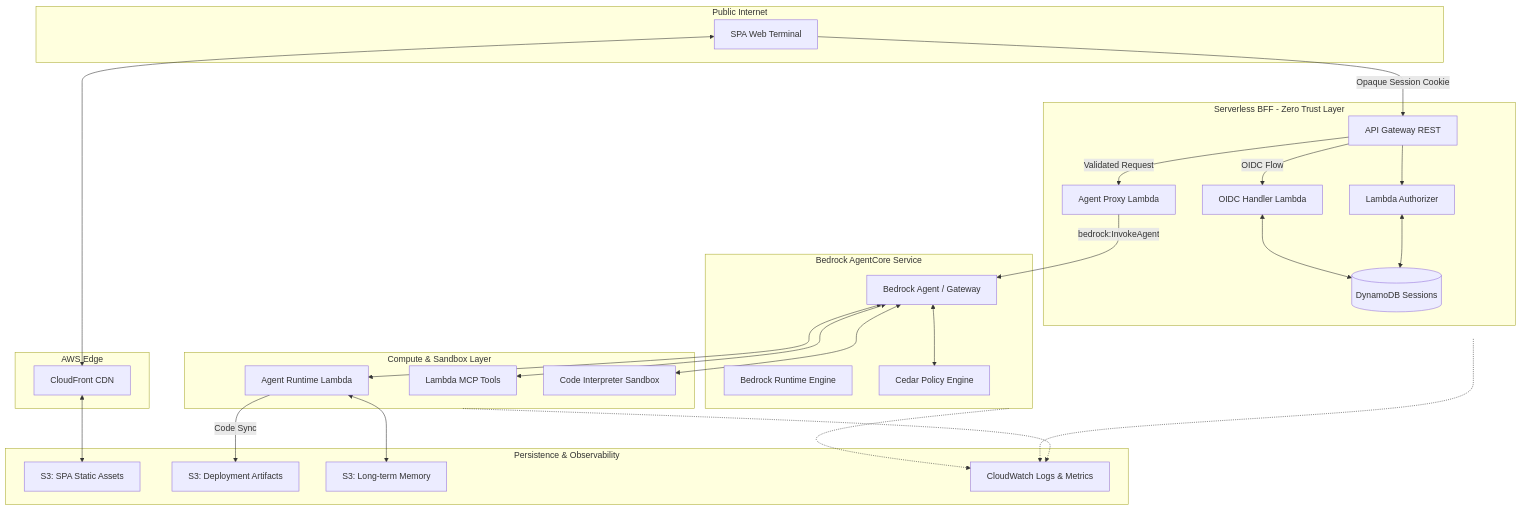
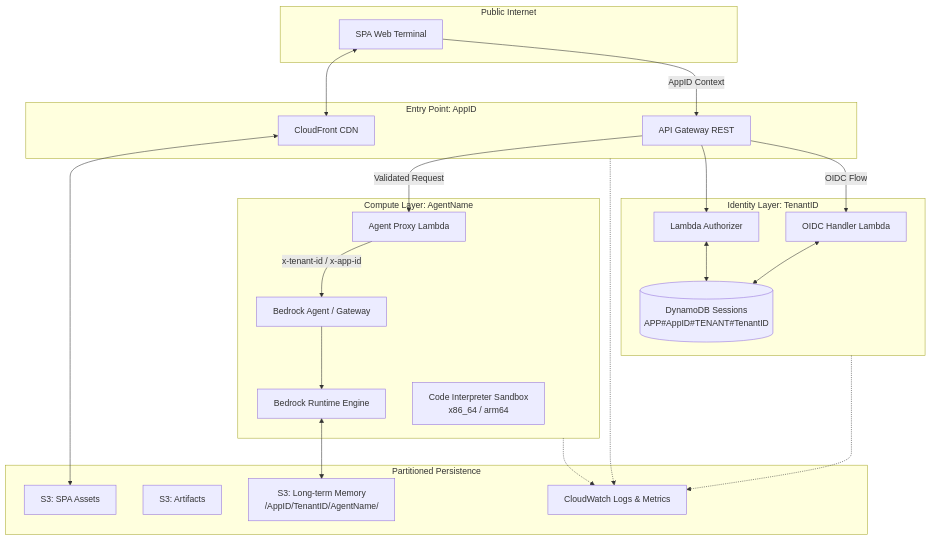
The first of 3 diagrams in docs/architecture.md (j3brns/tf-harness-acore), drawn with Mermaid before and after one commit. The commit also changed other lines of this file and 24 other files, not shown here.

````diff
--- a/docs/architecture.md
+++ b/docs/architecture.md
@@ -17,66 +17,53 @@
 ```mermaid
 flowchart TD
     subgraph Users[Public Internet]
         Browser[SPA Web Terminal]
     end
 
-    subgraph Edge[AWS Edge]
+    subgraph North[Entry Point: AppID]
         CF[CloudFront CDN]
+        APIGW[API Gateway REST]
     end
 
-    subgraph BFF[Serverless BFF - Zero Trust Layer]
-        APIGW[API Gateway REST]
+    subgraph Middle[Identity Layer: TenantID]
         LAuth[OIDC Handler Lambda]
         LAuthorizer[Lambda Authorizer]
-        LProxy[Agent Proxy Lambda]
-        DDB[(DynamoDB Sessions)]
+        DDB[(DynamoDB Sessions<br/>APP#AppID#TENANT#TenantID)]
     end
 
-    subgraph AgentCore[Bedrock AgentCore Service]
+    subgraph South[Compute Layer: AgentName]
+        LProxy[Agent Proxy Lambda]
         BGateway[Bedrock Agent / Gateway]
         BRuntime[Bedrock Runtime Engine]
-        BPolicies[Cedar Policy Engine]
+        BSandbox[Code Interpreter Sandbox<br/>x86_64 / arm64]
     end
 
-    subgraph Compute[Compute & Sandbox Layer]
-        LMCP[Lambda MCP Tools]
-        LRuntime[Agent Runtime Lambda]
-        BSandbox[Code Interpreter Sandbox]
-    end
-
-    subgraph Storage[Persistence & Observability]
-        S3SPA[S3: SPA Static Assets]
-        S3Deploy[S3: Deployment Artifacts]
-        S3Memory[S3: Long-term Memory]
+    subgraph Storage[Partitioned Persistence]
+        S3SPA[S3: SPA Assets]
+        S3Deploy[S3: Artifacts]
+        S3Memory[S3: Long-term Memory<br/>/AppID/TenantID/AgentName/]
         CW[CloudWatch Logs & Metrics]
     end
 
     %% Data Flows
     Browser <--> CF
     CF <--> S3SPA
 
-    Browser -- "Opaque Session Cookie" --> APIGW
+    Browser -- "AppID Context" --> APIGW
     APIGW --> LAuthorizer
     LAuthorizer <--> DDB
 
     APIGW -- "OIDC Flow" --> LAuth
     LAuth <--> DDB
 
     APIGW -- "Validated Request" --> LProxy
 
-    LProxy -- "bedrock:InvokeAgent" --> BGateway
-    BGateway <--> BPolicies
-    BGateway <--> LMCP
-    BGateway <--> BSandbox
-    BGateway <--> LRuntime
-
-    LRuntime <--> S3Memory
+    LProxy -- "x-tenant-id / x-app-id" --> BGateway
+    BGateway --> BRuntime
+    BRuntime <--> S3Memory
 
     %% Monitoring Flows
-    Compute -.-> CW
-    BFF -.-> CW
-    AgentCore -.-> CW
-
-    %% Deployment Flow
-    LRuntime -- "Code Sync" --> S3Deploy
+    South -.-> CW
+    North -.-> CW
+    Middle -.-> CW
 ```
````
